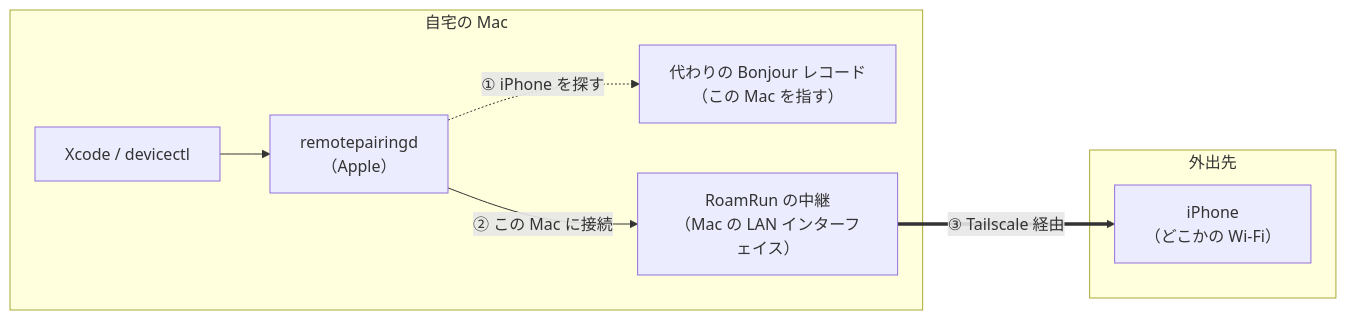
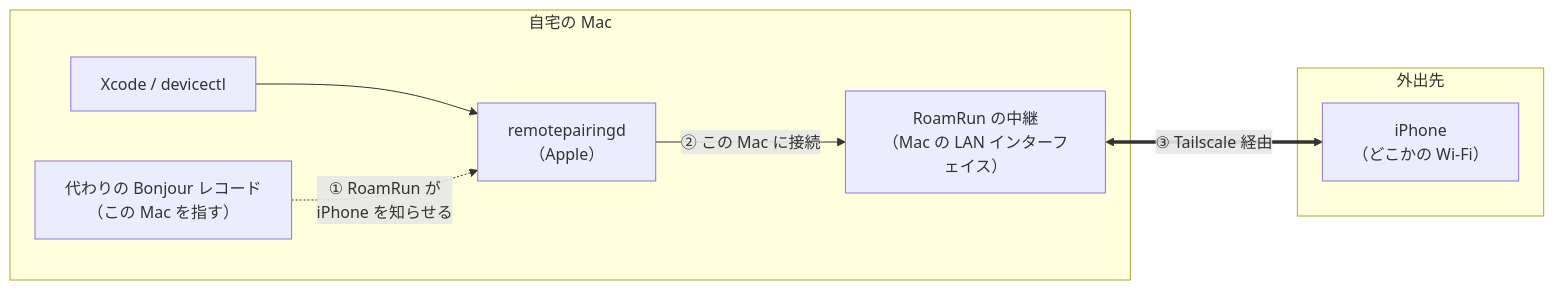
One commit to mh-mobile/RoamRun changed the first of 3 diagrams in docs/how-it-works.ja.md. Above: the diagram before and after it, drawn with Mermaid. The commit also changed 1 other file, not shown here.

Commit message:
docs/how-it-works: the first diagram runs the same way as the README's
RoamRun announces the device (step 1), and the relay carries traffic both ways (step 3).

````diff
--- a/docs/how-it-works.ja.md
+++ b/docs/how-it-works.ja.md
@@ -15,14 +15,14 @@
 ```mermaid
 flowchart LR
   subgraph mac["自宅の Mac"]
     xcode["Xcode / devicectl"] --> rpd["remotepairingd<br/>（Apple）"]
     fake["代わりの Bonjour レコード<br/>（この Mac を指す）"]
     relay["RoamRun の中継<br/>（Mac の LAN インターフェイス）"]
   end
   subgraph away["外出先"]
     iphone["iPhone<br/>（どこかの Wi-Fi）"]
   end
-  rpd -. "① iPhone を探す" .-> fake
+  fake -. "① RoamRun が<br/>iPhone を知らせる" .-> rpd
   rpd -- "② この Mac に接続" --> relay
-  relay == "③ Tailscale 経由" ==> iphone
+  relay <== "③ Tailscale 経由" ==> iphone
 ```
````
